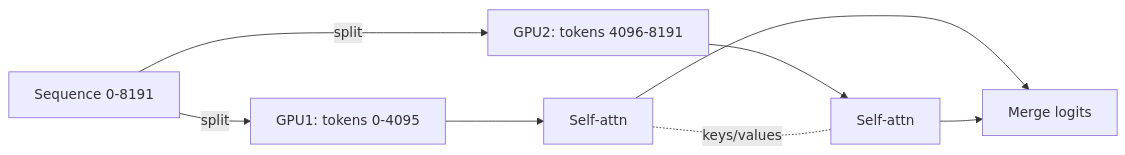
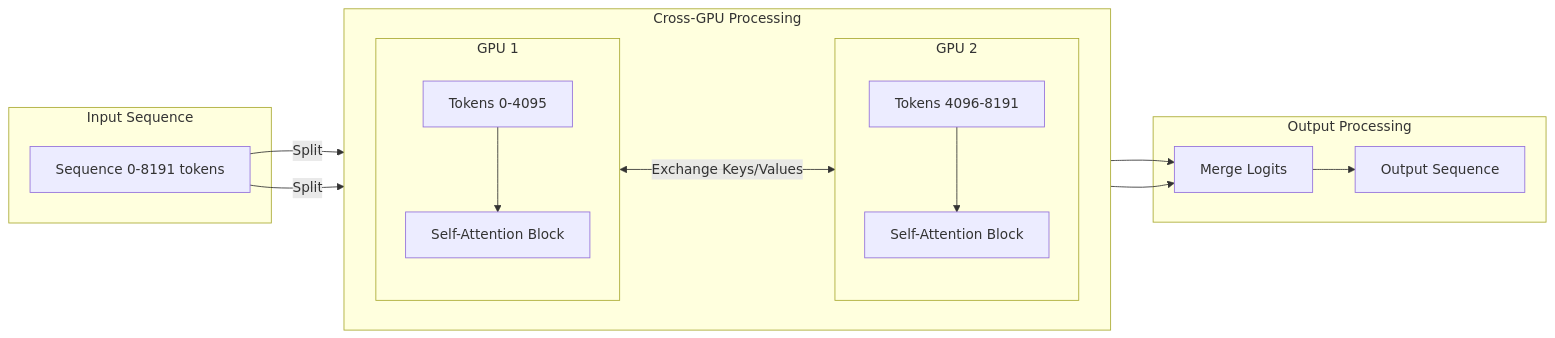
One commit to slavadubrov/notes changed the fourth of 7 diagrams in docs/blog/posts/2025-04-28-scaling-llms.md. Above: the diagram before and after it, drawn with Mermaid. The commit also changed other lines of this file, not shown here.

````diff
--- a/docs/blog/posts/2025-04-28-scaling-llms.md
+++ b/docs/blog/posts/2025-04-28-scaling-llms.md
@@ -132,9 +130,37 @@
 ```mermaid
 flowchart LR
-    S[Sequence 0‑8191] --> |split| T0[GPU1: tokens 0‑4095]
-    S --> |split| T1[GPU2: tokens 4096‑8191]
-    T0 --> A0[Self‑attn]
-    T1 --> A1[Self‑attn]
-    A0 -. keys/values .- A1
-    A0 & A1 --> M[Merge logits]
+    subgraph Input["Input Sequence"]
+        S[Sequence 0-8191 tokens]
+    end
+
+    subgraph CrossGPU["Cross-GPU Processing"]
+        direction LR
+        subgraph GPU1["GPU 1"]
+            direction TB
+            T0[Tokens 0-4095]
+            A0[Self-Attention Block]
+            T0 --> A0
+        end
+
+        subgraph GPU2["GPU 2"]
+            direction TB
+            T1[Tokens 4096-8191]
+            A1[Self-Attention Block]
+            T1 --> A1
+        end
+
+        GPU1 <-->|Exchange Keys/Values| GPU2
+    end
+
+    subgraph Output["Output Processing"]
+        M[Merge Logits]
+        O[Output Sequence]
+        M --> O
+    end
+
+    S --> |Split| T0
+    S --> |Split| T1
+
+    A0 --> M
+    A1 --> M
 ```
````
